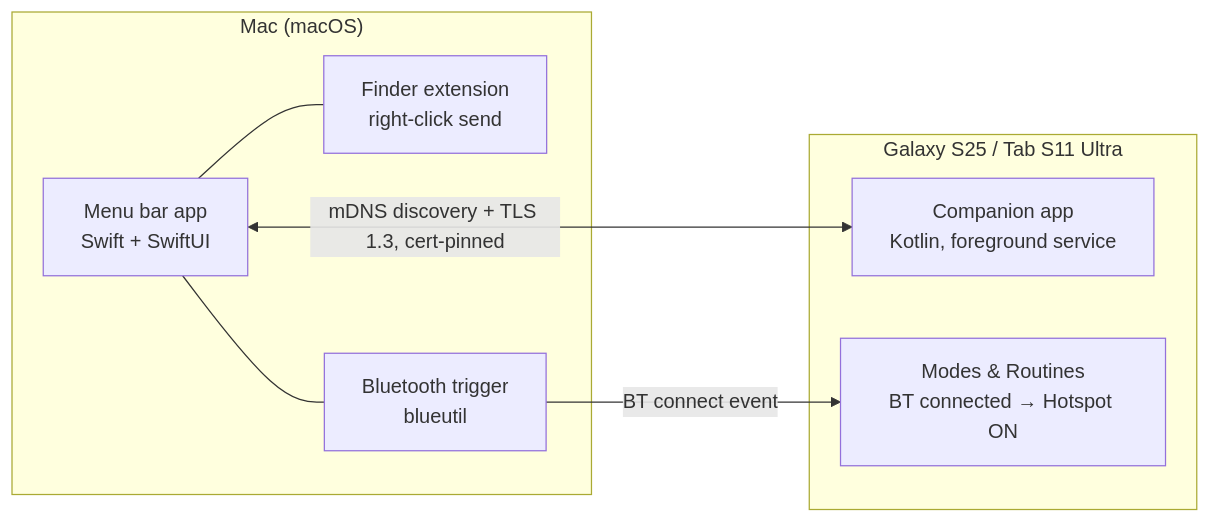
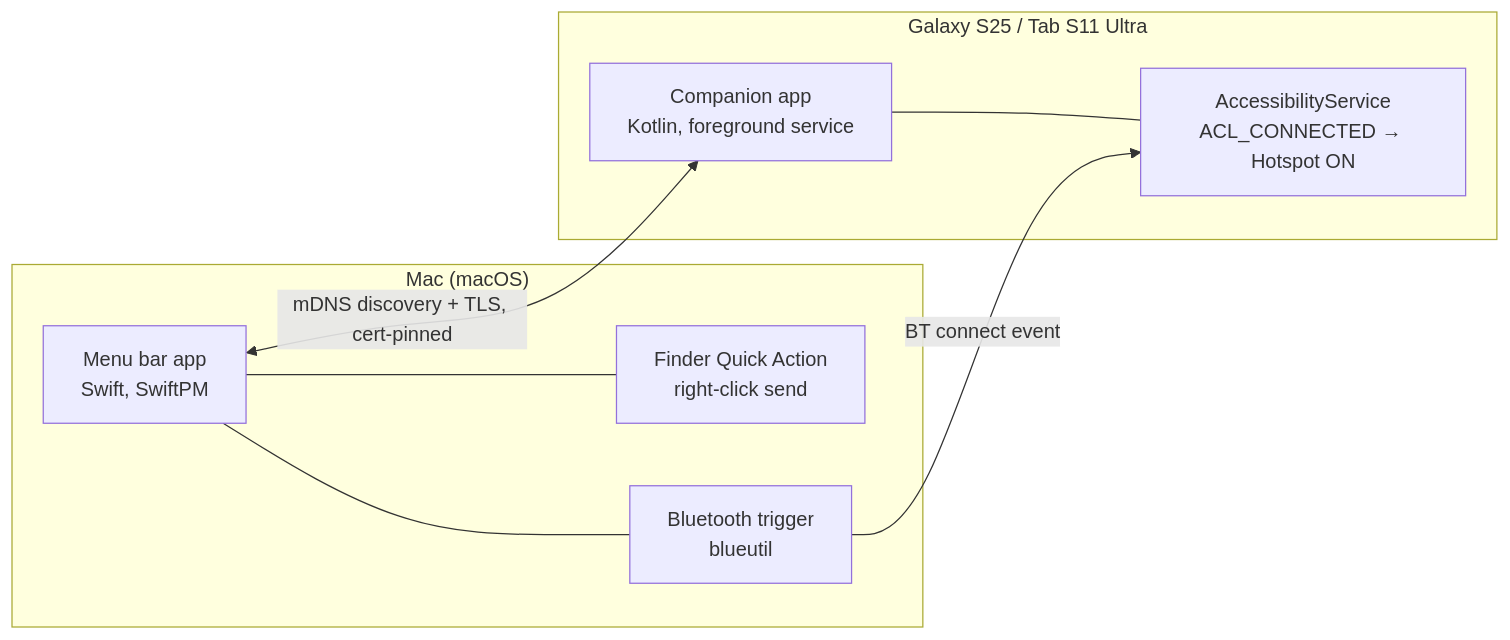
The diagram in README.md (PROVE1352/mac-galaxy-bridge), drawn with Mermaid before and after one commit. The commit also changed other lines of this file and 3 other files, not shown here.

````diff
--- a/README.md
+++ b/README.md
@@ -30,16 +30,17 @@
 ```mermaid
 graph LR
   subgraph mac["Mac (macOS)"]
-    MB["Menu bar app<br/>Swift + SwiftUI"]
-    FX["Finder extension<br/>right-click send"]
+    MB["Menu bar app<br/>Swift, SwiftPM"]
+    QA["Finder Quick Action<br/>right-click send"]
     BT["Bluetooth trigger<br/>blueutil"]
-    MB --- FX
+    MB --- QA
     MB --- BT
   end
   subgraph galaxy["Galaxy S25 / Tab S11 Ultra"]
     APP["Companion app<br/>Kotlin, foreground service"]
-    RT["Modes & Routines<br/>BT connected → Hotspot ON"]
+    ACC["AccessibilityService<br/>ACL_CONNECTED → Hotspot ON"]
+    APP --- ACC
   end
-  MB <-->|"mDNS discovery + TLS 1.3, cert-pinned"| APP
-  BT -->|"BT connect event"| RT
+  MB <-->|"mDNS discovery + TLS, cert-pinned"| APP
+  BT -->|"BT connect event"| ACC
 ```
````
